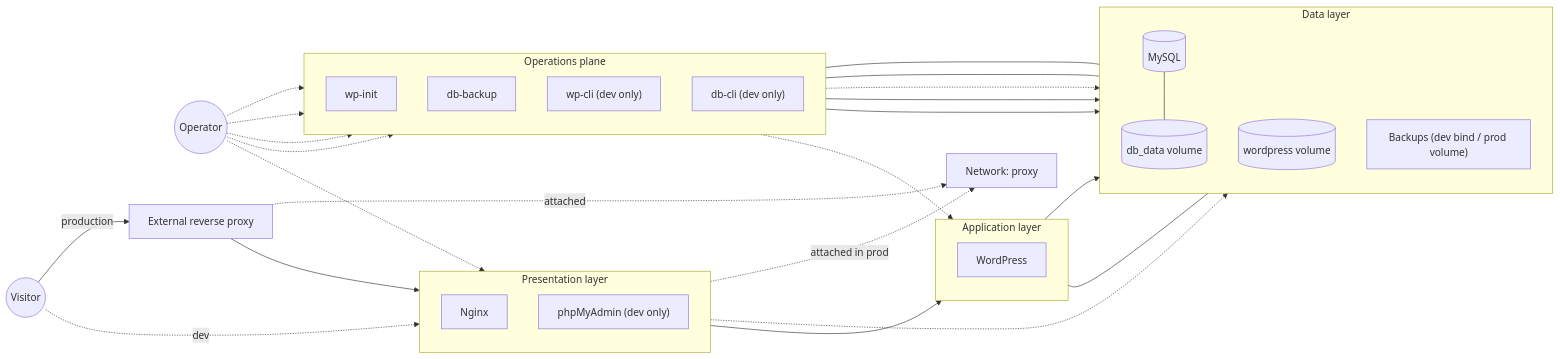
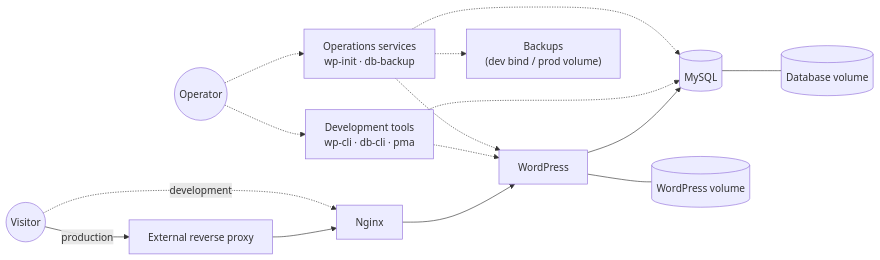
One commit to taygumus/wp-docker-stack changed the second of 2 diagrams in README.md. Above: the diagram before and after it, drawn with Mermaid.

Commit message:
refactor: flowchart in readme for clarity

````diff
--- a/README.md
+++ b/README.md
@@ -242,58 +242,35 @@
 ```mermaid
 flowchart LR
     Visitor((Visitor))
+    Proxy["External reverse proxy"]
+    Nginx["Nginx"]
+    WP["WordPress"]
+    DB[("MySQL")]
+
+    DevTools["`Development tools
+wp-cli · db-cli · pma`"]
+    OpsTools["`Operations services
+wp-init · db-backup`"]
     Operator((Operator))
-    Proxy["External reverse proxy"]
-    ProxyNet["Network: proxy"]
 
-    subgraph Edge["Presentation layer"]
-        direction TB
-        Nginx[Nginx]
-        PMA["phpMyAdmin (dev only)"]
-    end
+    WPVolume[("WordPress volume")]
+    DBVolume[("Database volume")]
+    Backups["`Backups
+(dev bind / prod volume)`"]
 
-    subgraph App["Application layer"]
-        direction TB
-        WP[WordPress]
-    end
+    Visitor -->|production| Proxy --> Nginx --> WP --> DB
+    Visitor -.->|development| Nginx
 
-    subgraph Data["Data layer"]
-        direction TB
-        DB[(MySQL)]
-        V_DB[(db_data volume)]
-        V_WP[(wordpress volume)]
-        V_BKP["Backups (dev bind / prod volume)"]
-    end
+    Operator -.-> DevTools
+    Operator -.-> OpsTools
 
-    subgraph Ops["Operations plane"]
-        direction TB
-        WP_INIT[wp-init]
-        DB_BACKUP[db-backup]
-        WP_CLI["wp-cli (dev only)"]
-        DB_CLI["db-cli (dev only)"]
-    end
+    DevTools -.-> WP
+    DevTools -.-> DB
 
-    Visitor -. dev .-> Nginx
-    Visitor -->|production| Proxy --> Nginx
-    Proxy -. attached .-> ProxyNet
-    Nginx -. attached in prod .-> ProxyNet
+    OpsTools -.-> WP
+    OpsTools -.-> DB
+    OpsTools -.-> Backups
 
-    Nginx --> WP --> DB
-
-    DB --- V_DB
-    WP --- V_WP
-    WP_INIT --- V_WP
-    DB_BACKUP --- V_BKP
-
-    PMA -.-> DB
-    WP_CLI -.-> WP
-    DB_CLI -.-> DB
-    WP_INIT --> DB
-    DB_BACKUP --> DB
-
-    Operator -.-> PMA
-    Operator -.-> WP_CLI
-    Operator -.-> DB_CLI
-    Operator -.-> WP_INIT
-    Operator -.-> DB_BACKUP
+    WP --- WPVolume
+    DB --- DBVolume
 ```
````
